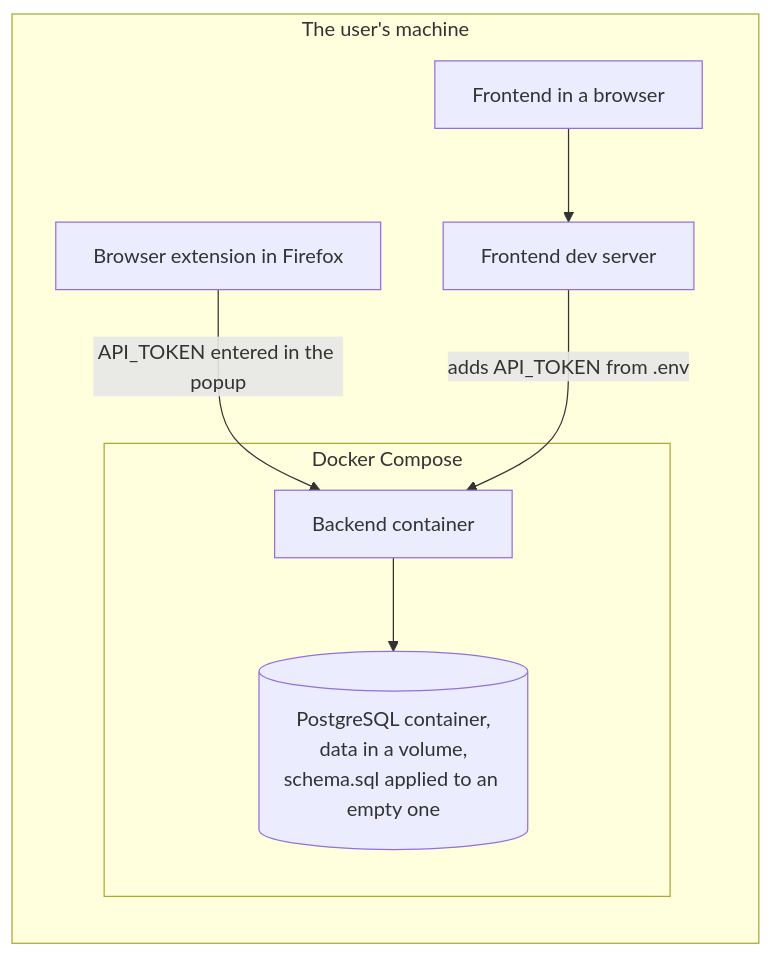
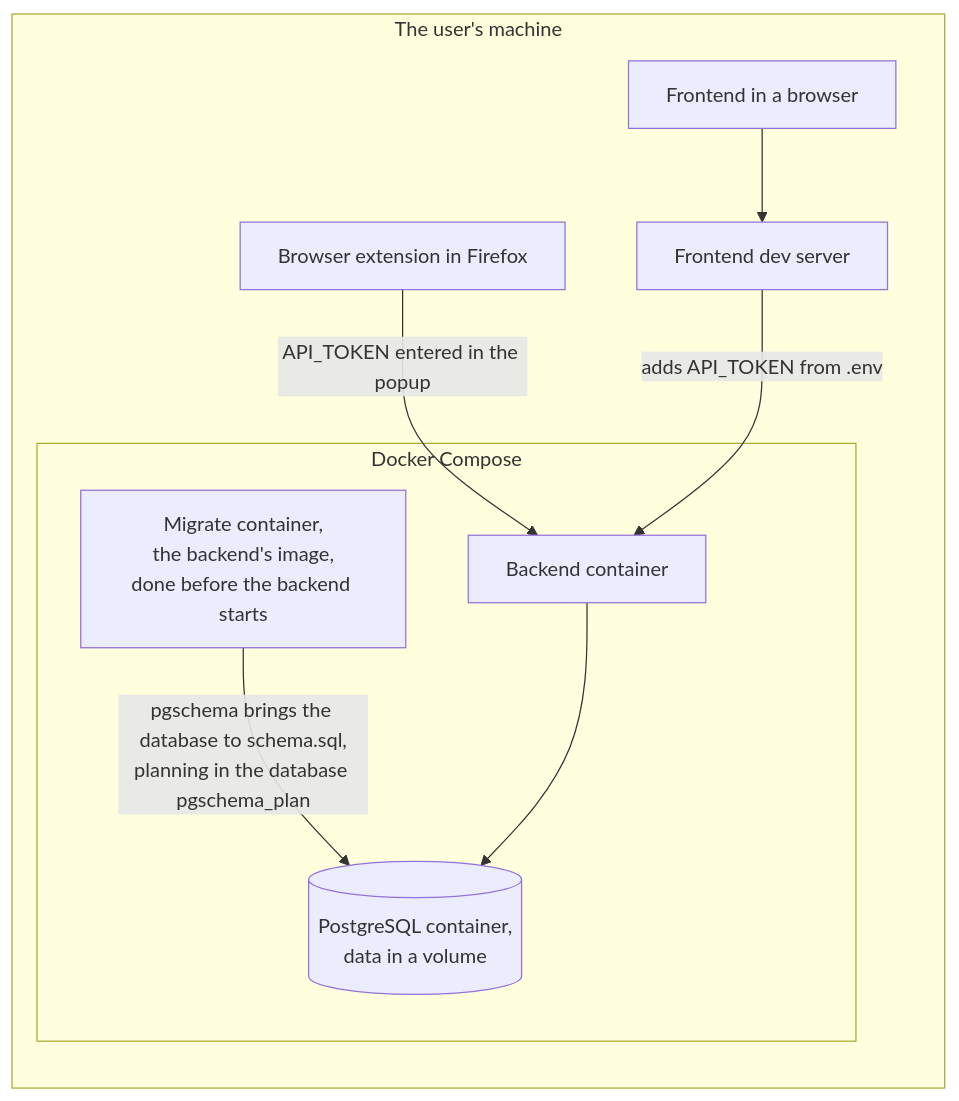
The diagram in docs/contract/hosting.md (lennartmoeller/finance-tracker), drawn with Mermaid before and after one commit. The commit also changed other lines of this file and 12 other files, not shown here.

````diff
--- a/docs/contract/hosting.md
+++ b/docs/contract/hosting.md
@@ -3,16 +3,18 @@
 ```mermaid
 flowchart LR
   subgraph machine["The user's machine"]
     subgraph compose["Docker Compose"]
+      migrate["Migrate container,<br/>the backend's image,<br/>done before the backend starts"]
       backend["Backend container"]
-      postgres[("PostgreSQL container,<br/>data in a volume,<br/>schema.sql applied to an empty one")]
+      postgres[("PostgreSQL container,<br/>data in a volume")]
     end
     extension["Browser extension in Firefox"]
     vite["Frontend dev server"]
     page["Frontend in a browser"]
   end
+  migrate -- "pgschema brings the database to schema.sql,<br/>planning in the database pgschema_plan" --> postgres
   extension -- "API_TOKEN entered in the popup" --> backend
   page --> vite
   vite -- "adds API_TOKEN from .env" --> backend
   backend --> postgres
 ```
````
